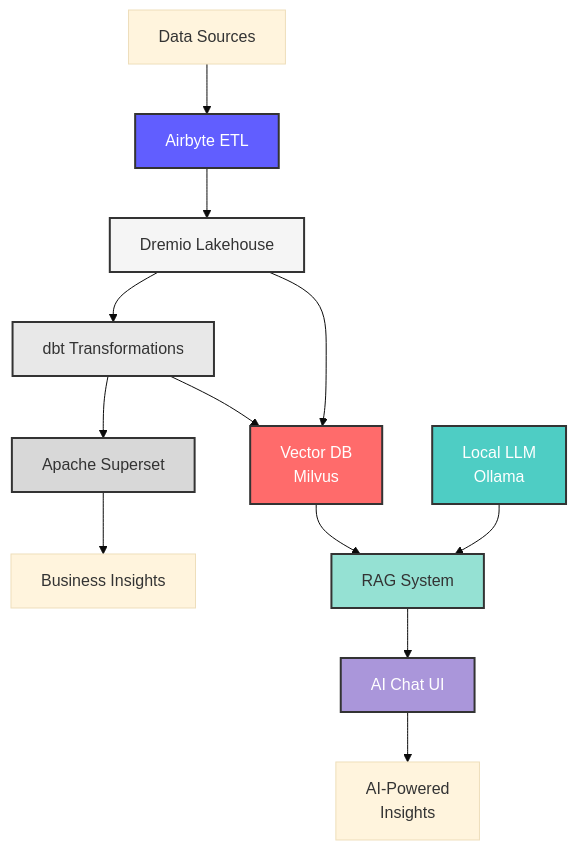
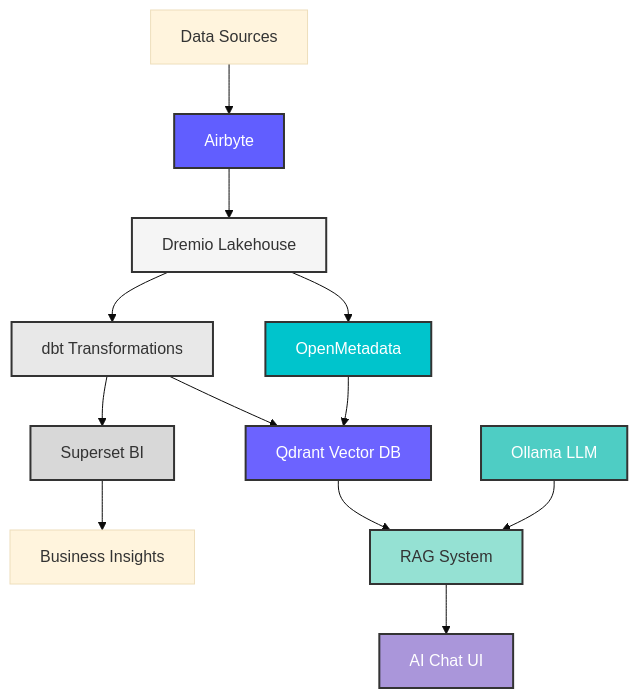
Before and after one commit to Monsau/ArcaP: the diagram in README.md, drawn with Mermaid (base theme). The commit also changed other lines of this file and 95 other files, not shown here.

````diff
--- a/README.md
+++ b/README.md
@@ -42,24 +32,25 @@
 ```mermaid
 graph TB
-    A[Data Sources] --> B[Airbyte ETL]
+    A[Data Sources] --> B[Airbyte]
     B --> C[Dremio Lakehouse]
     C --> D[dbt Transformations]
-    D --> E[Apache Superset]
+    D --> E[Superset BI]
     E --> F[Business Insights]
-    
-    C --> G[Vector DB<br/>Milvus]
-    D --> G
-    G --> H[RAG System]
-    I[Local LLM<br/>Ollama] --> H
-    H --> J[AI Chat UI]
-    J --> K[AI-Powered<br/>Insights]
-    
+
+    C --> G[OpenMetadata]
+    G --> H[Qdrant Vector DB]
+    D --> H
+    H --> I[RAG System]
+    J[Ollama LLM] --> I
+    I --> K[AI Chat UI]
+
     style B fill:#615EFF,color:#fff,stroke:#333,stroke-width:2px
     style C fill:#f5f5f5,stroke:#333,stroke-width:2px
     style D fill:#e8e8e8,stroke:#333,stroke-width:2px
     style E fill:#d8d8d8,stroke:#333,stroke-width:2px
-    style G fill:#FF6B6B,color:#fff,stroke:#333,stroke-width:2px
-    style I fill:#4ECDC4,color:#fff,stroke:#333,stroke-width:2px
-    style H fill:#95E1D3,stroke:#333,stroke-width:2px
-    style J fill:#AA96DA,color:#fff,stroke:#333,stroke-width:2px
+    style G fill:#00C4CC,color:#fff,stroke:#333,stroke-width:2px
+    style H fill:#6C63FF,color:#fff,stroke:#333,stroke-width:2px
+    style J fill:#4ECDC4,color:#fff,stroke:#333,stroke-width:2px
+    style I fill:#95E1D3,stroke:#333,stroke-width:2px
+    style K fill:#AA96DA,color:#fff,stroke:#333,stroke-width:2px
 ```
````
